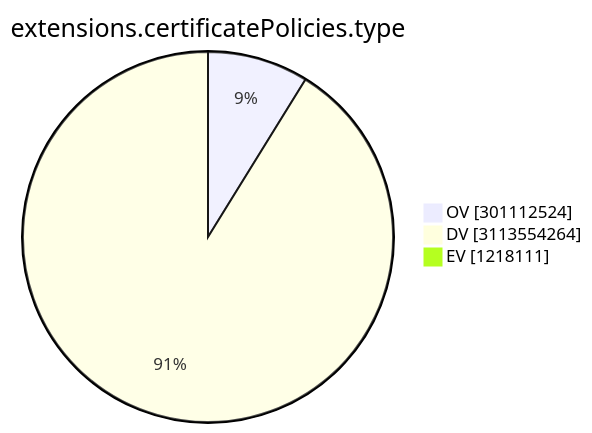
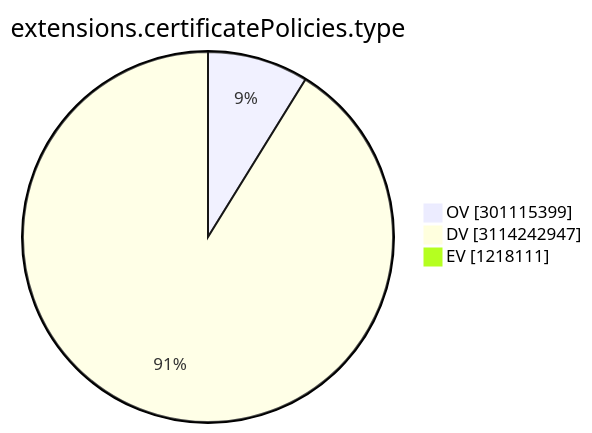
The ninth of 15 diagrams in TOTAL/README.md (christiankrug/ctmonitor_visualization), drawn with Mermaid before and after one commit. The commit also changed other lines of this file, not shown here.

````diff
--- a/TOTAL/README.md
+++ b/TOTAL/README.md
@@ -3103,7 +3103,7 @@
 ```mermaid
 pie showData
 title extensions.certificatePolicies.type
-"OV" :301112524
-"DV" :3113554264
+"OV" :301115399
+"DV" :3114242947
 "EV" :1218111
 ```
````
